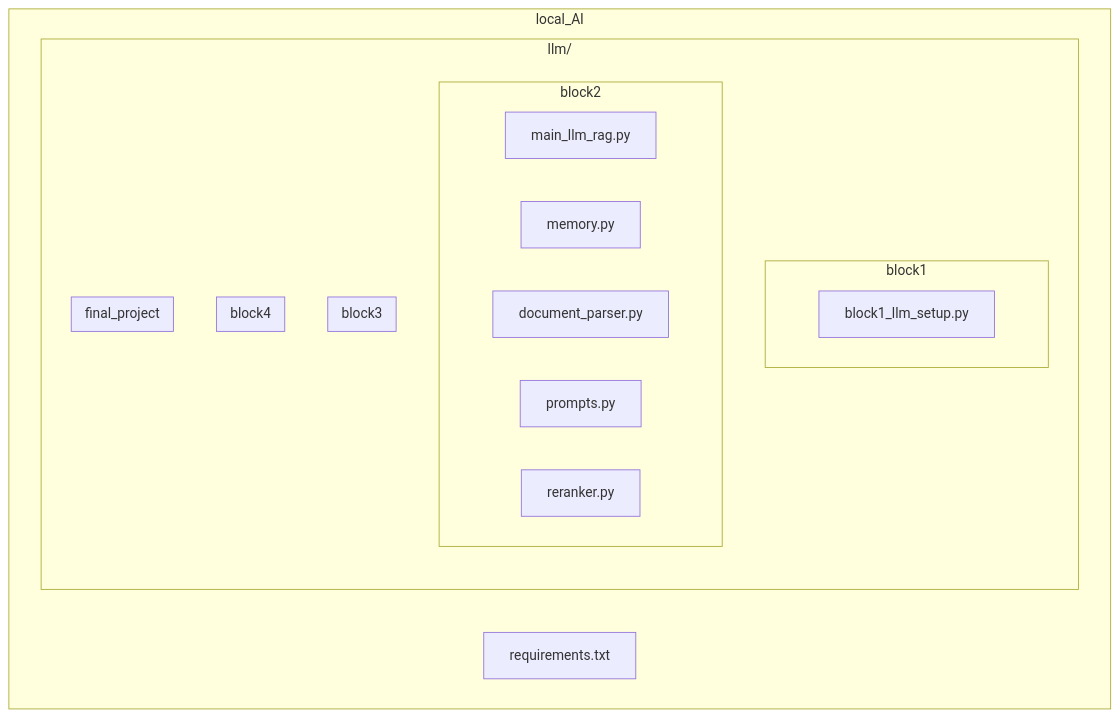
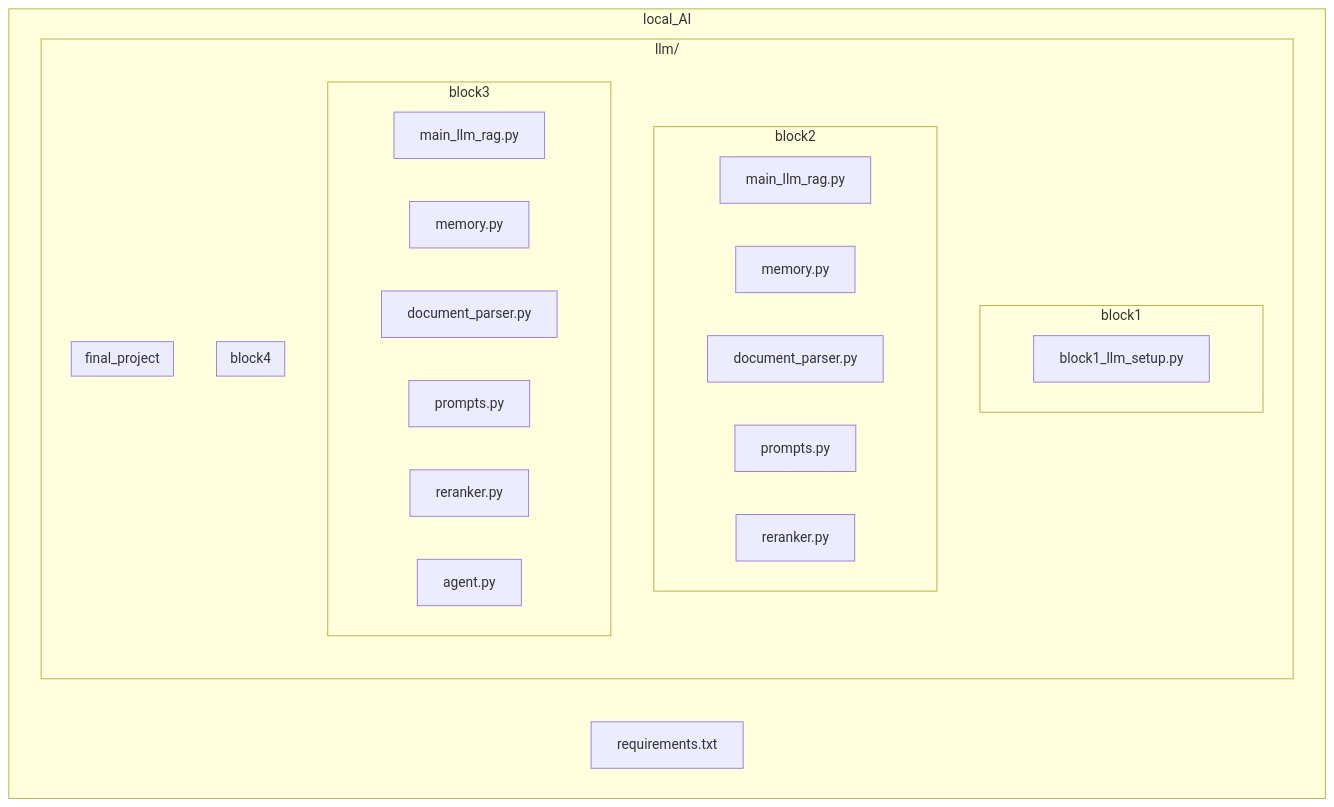
The first of 2 diagrams in README.md (d1seternal/local_AI), drawn with Mermaid before and after one commit. The commit also changed other lines of this file, not shown here.

````diff
--- a/README.md
+++ b/README.md
@@ -26,32 +26,37 @@
 ```mermaid
 graph TD
     subgraph "local_AI"
         A[requirements.txt]
         
         subgraph LLM[llm/]
             subgraph B1[block1]
                 B1F[block1_llm_setup.py]
             end
             
             subgraph B2[block2]
                 B2F1[main_llm_rag.py]
                 B2F2[memory.py]
                 B2F3[document_parser.py]
                 B2F4[prompts.py]
                 B2F5[reranker.py]
             end
             
             subgraph B3[block3]
-                
+                B3F1[main_llm_rag.py]
+                B3F2[memory.py]
+                B3F3[document_parser.py]
+                B3F4[prompts.py]
+                B3F5[reranker.py]
+                B3F6[agent.py]
             end
             
             subgraph B4[block4]
                 
             end
             
             subgraph FP[final_project]
                 
             end
         end
     end
 ```
````
